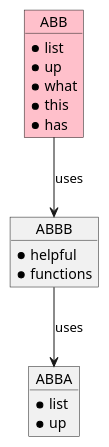
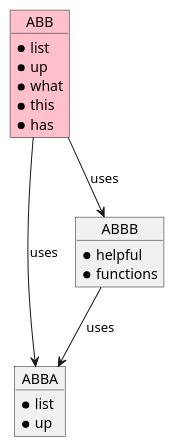
Before and after one commit to konbraphat51/module_rule: the diagram in Example/Docs/Dependencies/ABB.puml, drawn with PlantUML. The commit also changed 1 other file, not shown here.

Commit message:
Improve: solve "abbb is abba submodule" problem

```diff
--- a/Example/Docs/Dependencies/ABB.puml
+++ b/Example/Docs/Dependencies/ABB.puml
@@ -1,29 +1,30 @@
 @startuml Dependency_ABB
 ' Image can be obtained from
 ' https://www.plantuml.com/plantuml/uml/SyfFKj2rKt3CoKnELR1Io4ZDoSa70000
 
 ' Write all modules here
 object ABB #Pink {
     * list
     * up
     * what
     * this
     * has
 }
 
 object ABBA {
     * list
     * up
 }
 
 object ABBB {
     * helpful
     * functions
 }
 
 ' Write all dependencies here
 ' X --> Y means X depends on Y
 ABBB --> ABBA : uses
 ABB --> ABBB : uses
+ABB --> ABBA : uses
 
 @enduml
```
